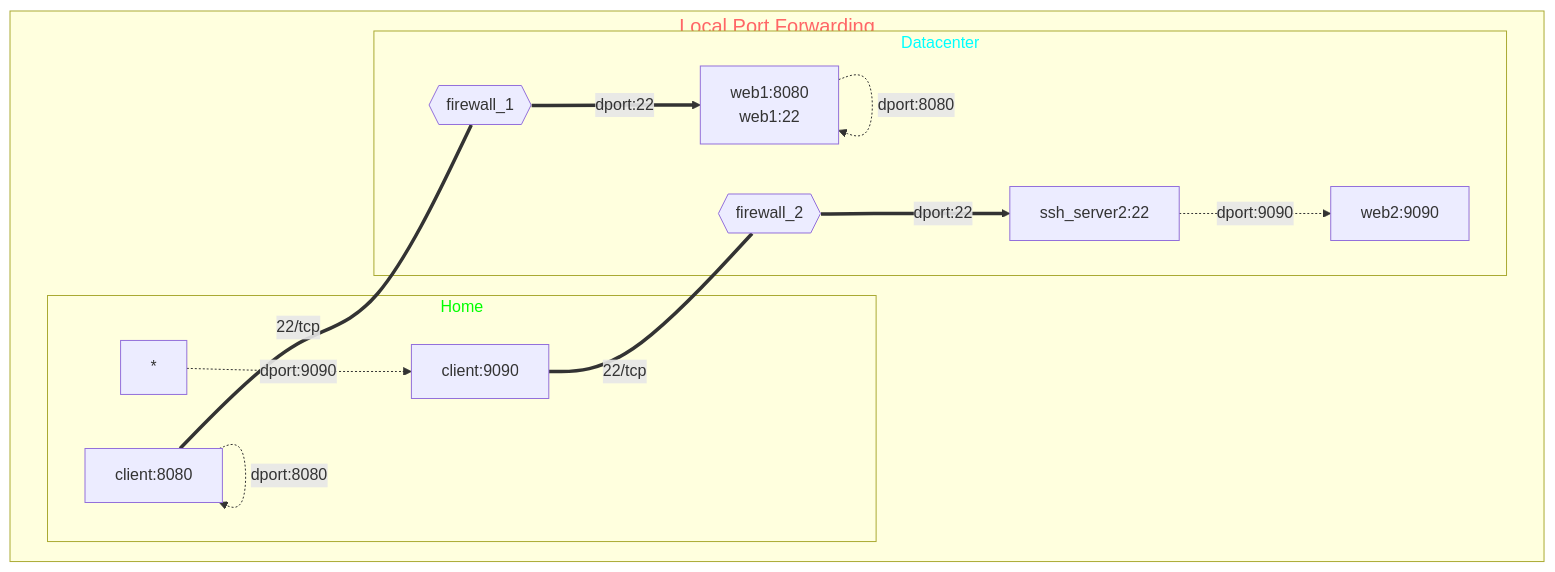
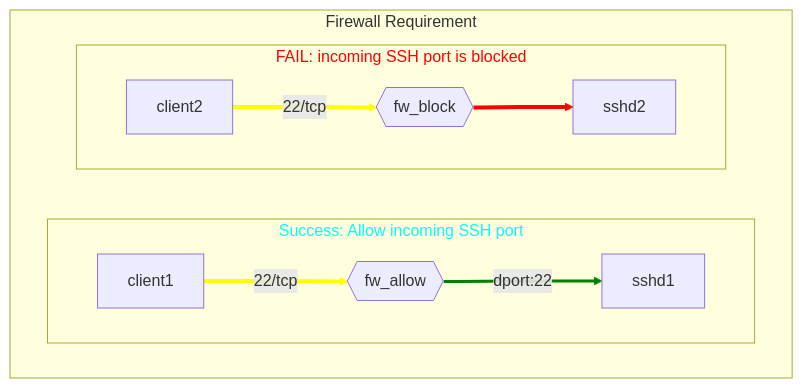
One commit to myseq/notes changed the first of 3 diagrams in markdown/diagrams.md. Above: the diagram before and after it, drawn with Mermaid. The commit also changed other lines of this file, not shown here.

````diff
--- a/markdown/diagrams.md
+++ b/markdown/diagrams.md
@@ -5,39 +5,33 @@
 ```mermaid
-graph TD
-    cli_1[client:8080]
-    cli_2[client:9090]
-    fw1{{firewall_1}}
-    fw2{{firewall_2}}
-    sshd1["web1:8080
-             web1:22"]
-    sshd2["ssh_server2:22"]
-    web2["web2:9090"]
+graph 
+  fw1{{fw_allow}}
+  fw2{{fw_block}}
+
+  subgraph main[Firewall Requirement]
+    direction RL
  
-    subgraph main[Local Port Forwarding]
-      
+    subgraph grant[Success: Allow incoming SSH port]
+      direction LR
+      client1 --> |22/tcp| fw1 --> |dport:22| sshd1
+    end
 
-        subgraph local[Home]
-        cli_1 -.-> |dport:8080| cli_1
-        * -.-> |dport:9090| cli_2
-        end
-             
-        subgraph remote[Datacenter]
-        cli_1 === |22/tcp| fw1 ==> |dport:22| sshd1
-        sshd1 -.-> |dport:8080| sshd1
+    subgraph fail[FAIL: incoming SSH port is blocked]
+      direction LR
+      client2 --> |22/tcp| fw2 --> sshd2
+    end
 
-        cli_2 === |22/tcp| fw2 ==> |dport:22| sshd2
-        sshd2 -.-> |dport:9090| web2
-        end  
+  end
 
-    end 
+  linkStyle default stroke-width:4px
+  linkStyle 0 stroke:yellow
+  linkStyle 1 stroke-width:3px,stroke:green
+  linkStyle 2 stroke:yellow
+  linkStyle 3 stroke:red
 
-    classDef title font-size:20px,color:#f66
-    classDef padding stroke:none,fill:none
-    classDef title2 color:#0ff
+  classDef Allow color:#0ff
+  classDef Block color:#f00
 
-    class main title
-    class remote title2
+  class grant Allow
+  class fail Block
 
-    style local color:#0f0
-    
 ```
````
